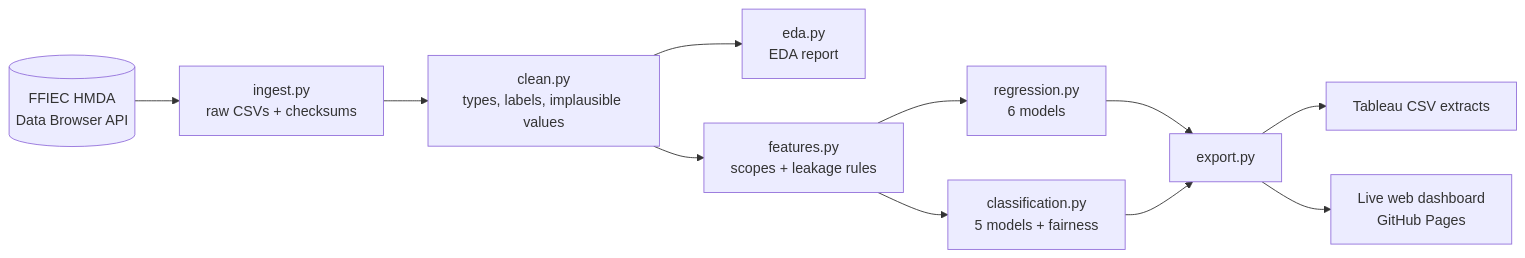
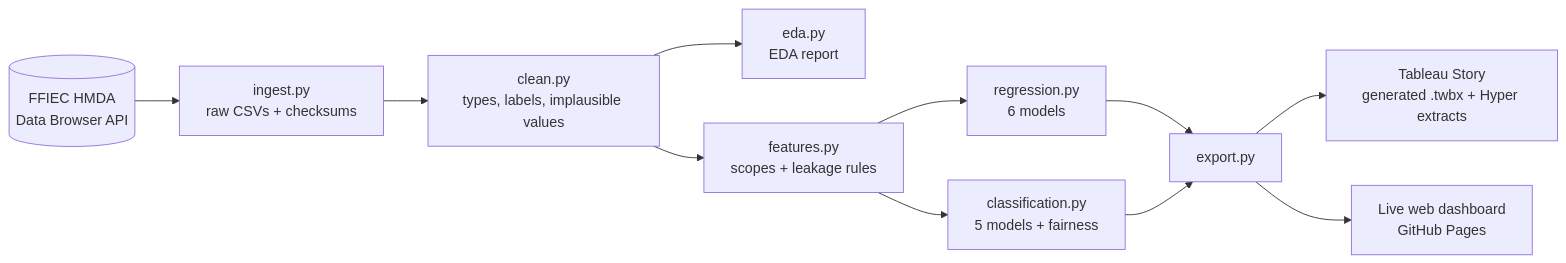
Before and after one commit to hkandan-hash/nj-mortgage-analytics: the diagram in README.md, drawn with Mermaid. The commit also changed other lines of this file and 15 other files, not shown here.

Commit message:
Add Tableau Story: 5 designed interactive dashboards generated from the analysis (.twbx with Hyper extracts), screenshots, publish guide

````diff
--- a/README.md
+++ b/README.md
@@ -26,13 +39,13 @@
 ```mermaid
 flowchart LR
     API[(FFIEC HMDA<br/>Data Browser API)] --> I[ingest.py<br/>raw CSVs + checksums]
     I --> C[clean.py<br/>types, labels, implausible values]
     C --> E[eda.py<br/>EDA report]
     C --> F[features.py<br/>scopes + leakage rules]
     F --> R[regression.py<br/>6 models]
     F --> K[classification.py<br/>5 models + fairness]
     R --> X[export.py]
     K --> X
-    X --> T[Tableau CSV extracts]
+    X --> T[Tableau Story<br/>generated .twbx + Hyper extracts]
     X --> W[Live web dashboard<br/>GitHub Pages]
 ```
````
